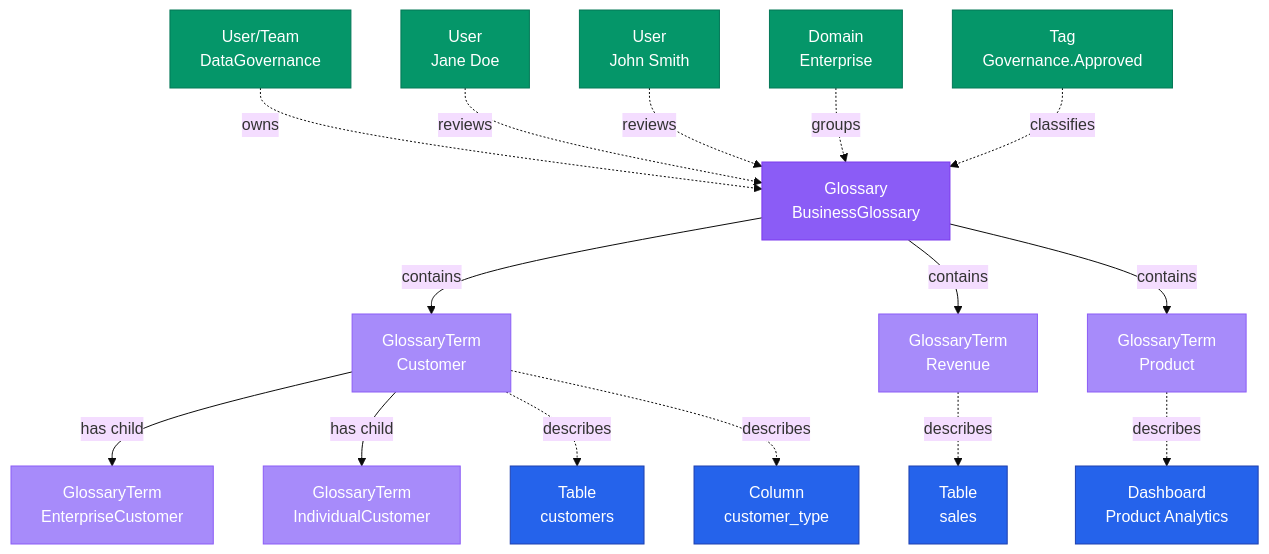
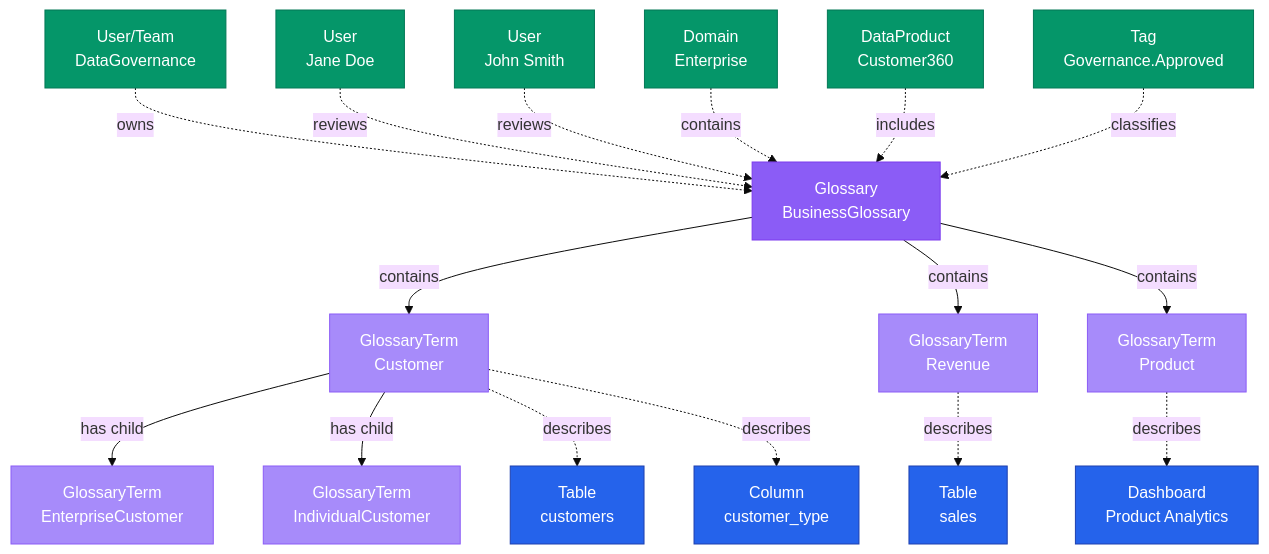
Before and after one commit to open-metadata/OpenMetadataStandards: the diagram in docs/governance/glossary.md, drawn with Mermaid (base theme). The commit also changed other lines of this file and 24 other files, not shown here.

````diff
--- a/docs/governance/glossary.md
+++ b/docs/governance/glossary.md
@@ -14,40 +14,41 @@
 ```mermaid
 graph TD
     %% Main entity
     GLOSS[Glossary<br/>BusinessGlossary]
 
     %% Hierarchical relationships
     GLOSS -->|contains| GT1[GlossaryTerm<br/>Customer]
     GLOSS -->|contains| GT2[GlossaryTerm<br/>Revenue]
     GLOSS -->|contains| GT3[GlossaryTerm<br/>Product]
 
     %% Nested term hierarchy
     GT1 -->|has child| GT1A[GlossaryTerm<br/>EnterpriseCustomer]
     GT1 -->|has child| GT1B[GlossaryTerm<br/>IndividualCustomer]
 
     %% Governance relationships
     USR[User/Team<br/>DataGovernance] -.->|owns| GLOSS
     REV1[User<br/>Jane Doe] -.->|reviews| GLOSS
     REV2[User<br/>John Smith] -.->|reviews| GLOSS
-    DOM[Domain<br/>Enterprise] -.->|groups| GLOSS
+    DOM1[Domain<br/>Enterprise] -.->|contains| GLOSS
+    DP1[DataProduct<br/>Customer360] -.->|includes| GLOSS
 
     %% Classification relationships
     TAG1[Tag<br/>Governance.Approved] -.->|classifies| GLOSS
 
     %% Applied to assets
     GT1 -.->|describes| TBL1[Table<br/>customers]
     GT1 -.->|describes| COL1[Column<br/>customer_type]
     GT2 -.->|describes| TBL2[Table<br/>sales]
     GT3 -.->|describes| DASH[Dashboard<br/>Product Analytics]
 
     %% Styling
     classDef glossary fill:#8B5CF6,stroke:#7C3AED,color:#fff
     classDef term fill:#A78BFA,stroke:#8B5CF6,color:#fff
     classDef governance fill:#059669,stroke:#047857,color:#fff
     classDef data fill:#2563EB,stroke:#1E40AF,color:#fff
 
     class GLOSS glossary
     class GT1,GT2,GT3,GT1A,GT1B term
-    class USR,REV1,REV2,DOM,TAG1 governance
+    class USR,REV1,REV2,DOM1,TAG1,DP1 governance
     class TBL1,TBL2,COL1,DASH data
 ```
````
